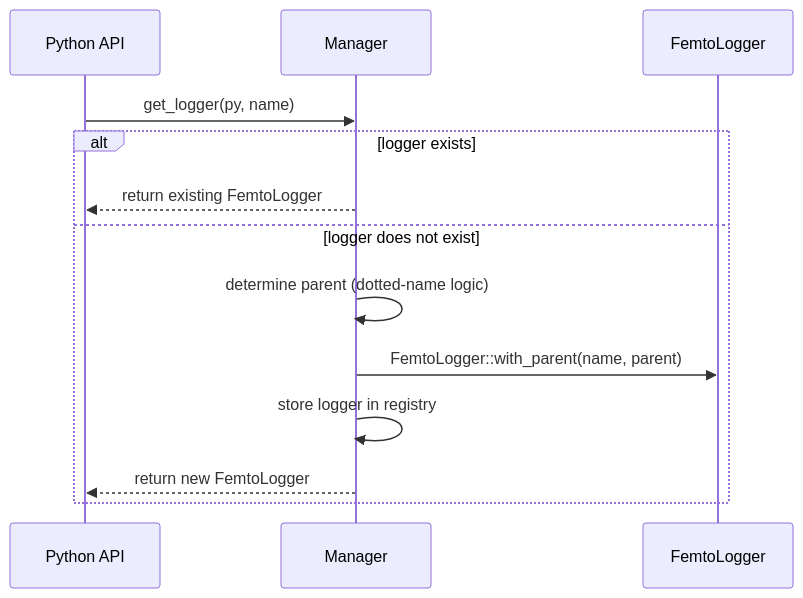
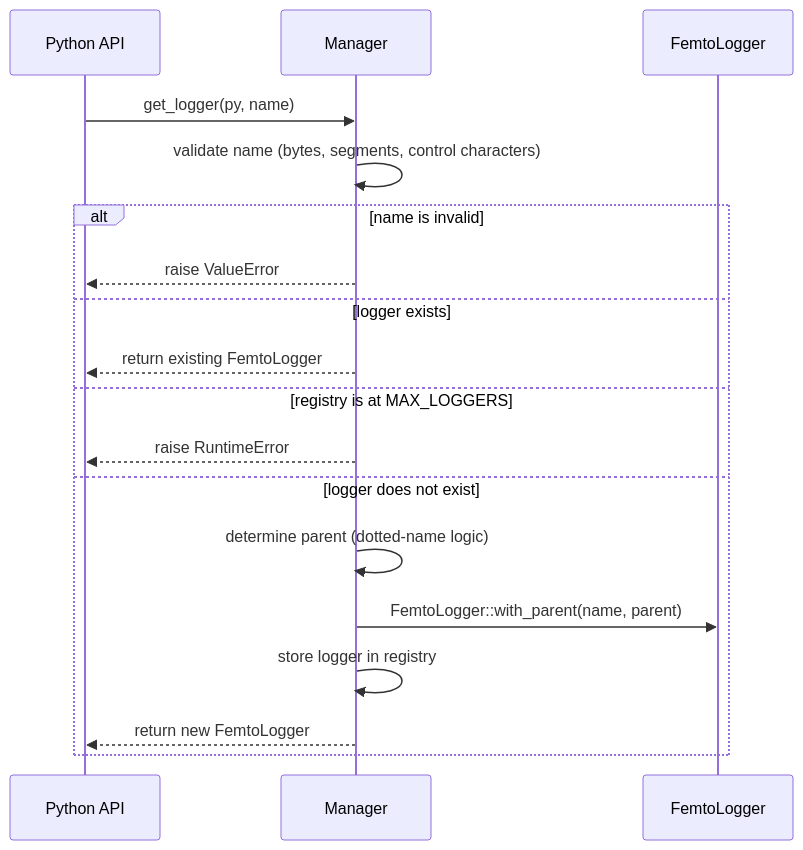
Before and after one commit to leynos/femtologging: the second of 8 diagrams in docs/logging-sequence-diagrams.md, drawn with Mermaid. The commit also changed 77 other files, not shown here.

````diff
--- a/docs/logging-sequence-diagrams.md
+++ b/docs/logging-sequence-diagrams.md
@@ -36,16 +36,21 @@
 ```mermaid
 sequenceDiagram
     participant PythonAPI as Python API
     participant Manager
     participant FemtoLogger
 
     PythonAPI->>Manager: get_logger(py, name)
-    alt logger exists
+    Manager->>Manager: validate name (bytes, segments, control characters)
+    alt name is invalid
+        Manager-->>PythonAPI: raise ValueError
+    else logger exists
         Manager-->>PythonAPI: return existing FemtoLogger
+    else registry is at MAX_LOGGERS
+        Manager-->>PythonAPI: raise RuntimeError
     else logger does not exist
         Manager->>Manager: determine parent (dotted-name logic)
         Manager->>FemtoLogger: FemtoLogger::with_parent(name, parent)
         Manager->>Manager: store logger in registry
         Manager-->>PythonAPI: return new FemtoLogger
     end
 ```
````
